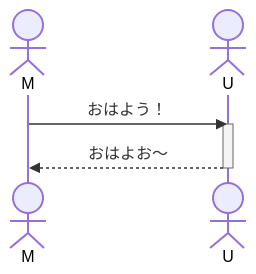
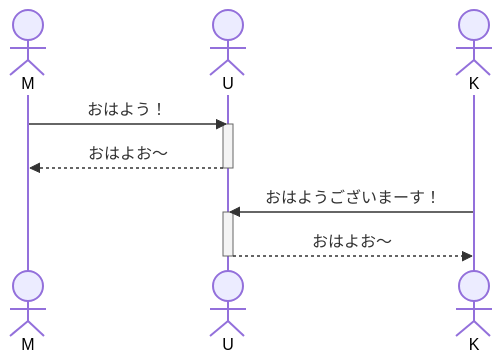
The second of 3 diagrams in README.md (tpu-game-2023/mermaid_test), drawn with Mermaid before and after one commit.

Commit message:
テスト

````diff
--- a/README.md
+++ b/README.md
@@ -40,9 +40,14 @@
 ```mermaid
 sequenceDiagram
     actor M
     actor U
+    actor K
     M->>U: おはよう！
     activate U
     U-->>M: おはよお～
     deactivate U
+    K->>U: おはようございまーす！
+    activate U
+    U-->>K: おはよお～
+    deactivate U
 ```
````
